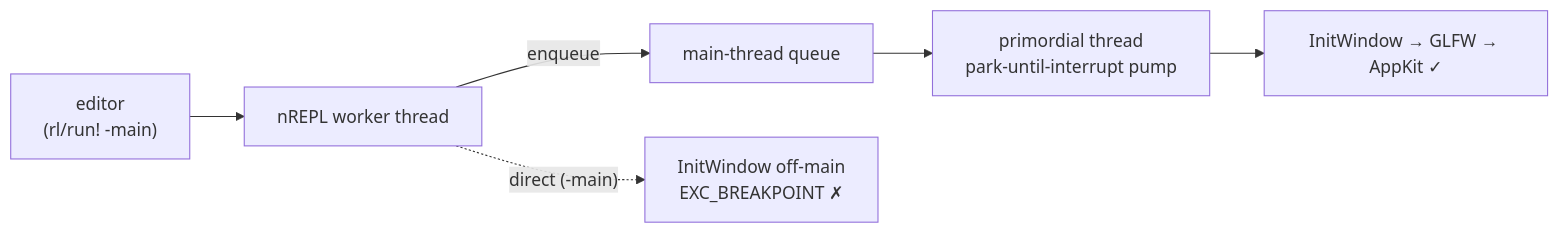
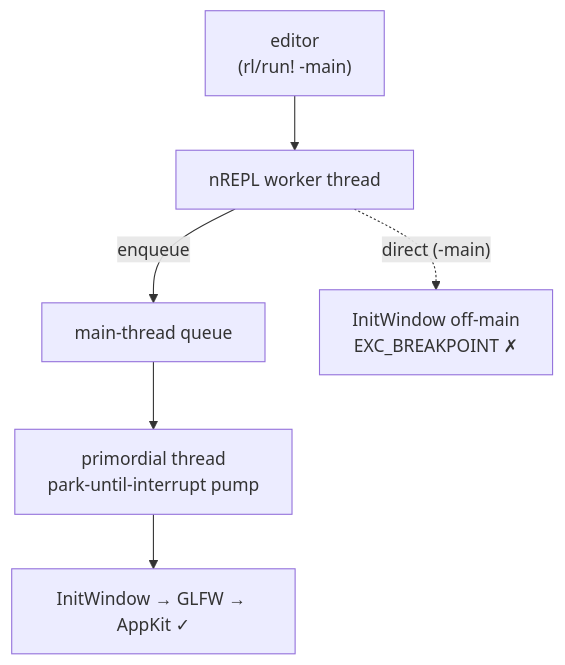
One commit to burinc/b12n-raylib-jlt changed the diagram in docs/guide/repl-driven-development.md. Above: the diagram before and after it, drawn with Mermaid. The commit also changed 2 other files, not shown here.

Commit message:
fix(site): the homepage diagram was drawn wider than the column it sits in
Reported on Firefox and Chromium as "diagram is too small". It is, and the
reason is the layout direction rather than anything browser-specific.

Mermaid emits the flowchart with width:100% and a viewBox, so an SVG whose
natural size exceeds its container is scaled down uniformly, text included.
Measured in headless Chromium against the built site: the left-to-right
chart's natural size is 1458x212 against a 1120px content column, so it
rendered at 1118x163, 77%, at a 1440px window and around half size at 768px.

Top-down lays the same six nodes out at 596x674, which fits the column at
1440, 1024 and 768 alike. Measured after the change, the rendered size equals
the natural size at all three, so the text draws at full size.

The nREPL page added in the previous commit had the same shape (1404x210) and
gets the same treatment (500x606). headless-smoke-testing's chart is 1058x94,
already inside the column, and is left alone.

````diff
--- a/docs/guide/repl-driven-development.md
+++ b/docs/guide/repl-driven-development.md
@@ -72,8 +72,8 @@
 ```mermaid
-flowchart LR
+flowchart TB
   ed["editor<br/>(rl/run! -main)"] --> w["nREPL worker thread"]
   w -->|"enqueue"| q["main-thread queue"]
   q --> m["primordial thread<br/>park-until-interrupt pump"]
   m --> r["InitWindow → GLFW → AppKit ✓"]
   w -.->|"direct (-main)"| x["InitWindow off-main<br/>EXC_BREAKPOINT ✗"]
 ```
````
